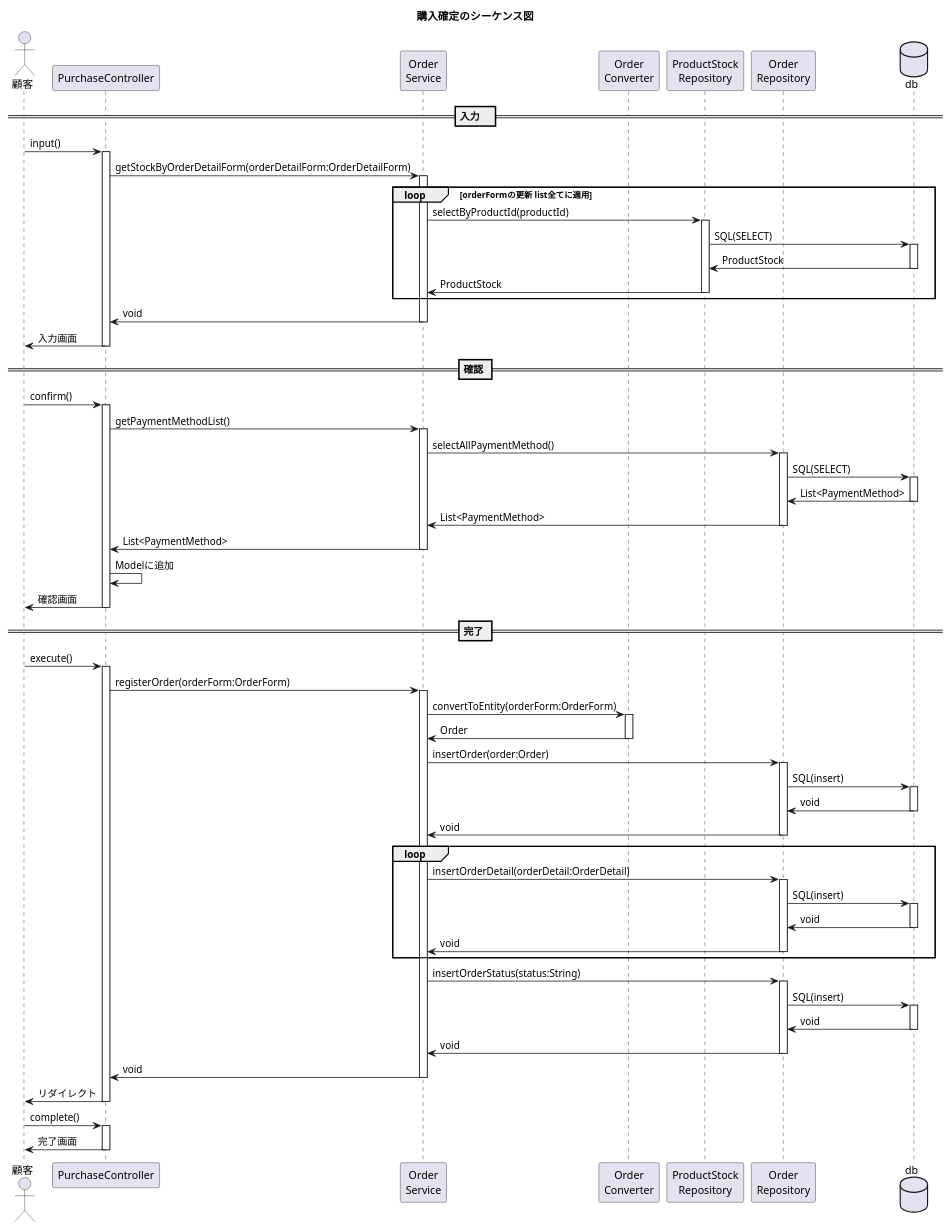
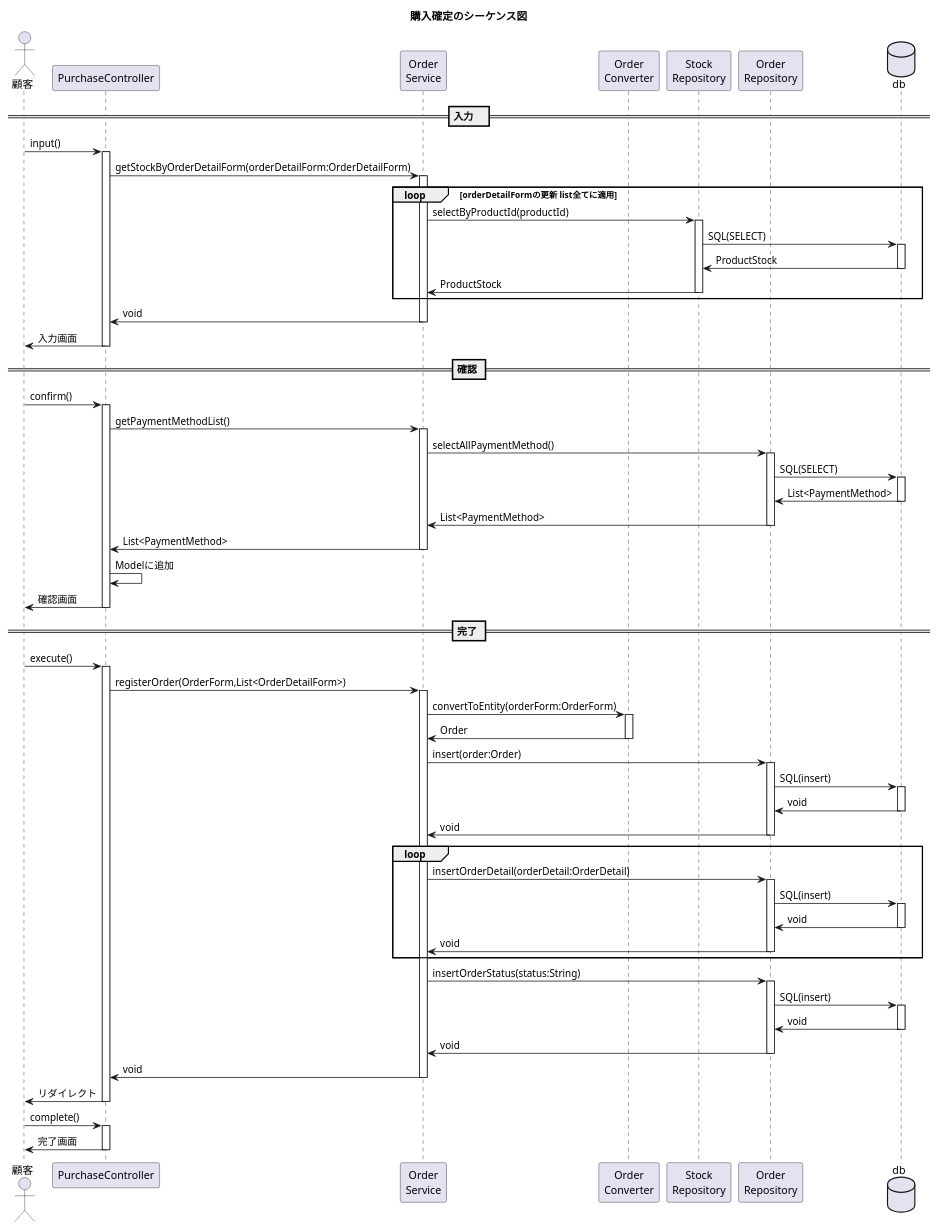
The diagram in plan/uml/sequence/2/uc005.plantuml (kanavii3333/ec-b), drawn with PlantUML before and after one commit. The commit also changed 6 other files, not shown here.

Commit message:
クラス図シーケンス図UC001～005まで確認修正

```diff
--- a/plan/uml/sequence/2/uc005.plantuml
+++ b/plan/uml/sequence/2/uc005.plantuml
@@ -1,60 +1,60 @@
 @startuml
 
 title 購入確定のシーケンス図
 actor "顧客" as user
 participant "PurchaseController" as controller
 participant "Order\nService" as service
 participant "Order\nConverter" as helper
-participant "ProductStock\nRepository" as repository1
+participant "Stock\nRepository" as repository1
 participant "Order\nRepository" as repository2
 database "db" as db
 
 == 入力　==
 user -> controller++:input()
 controller -> service++:getStockByOrderDetailForm(orderDetailForm:OrderDetailForm)
-loop orderFormの更新 list全てに適用
+loop orderDetailFormの更新 list全てに適用
 	service -> repository1++:selectByProductId(productId)
 	repository1 -> db++:SQL(SELECT)
 	db -> repository1--:ProductStock
 	repository1 -> service--:ProductStock
 end
 service -> controller--:void
 controller -> user--:入力画面
 
 == 確認 ==
 user -> controller++:confirm()
 controller -> service++:getPaymentMethodList()
 service -> repository2++:selectAllPaymentMethod()
 repository2 -> db++:SQL(SELECT)
 repository2 <- db--:List<PaymentMethod>
 service <- repository2--:List<PaymentMethod>
 controller <- service--:List<PaymentMethod>
 controller -> controller:Modelに追加
 controller -> user--:確認画面
 
 == 完了 ==
 user -> controller++:execute()
-controller -> service++:registerOrder(orderForm:OrderForm)
+controller -> service++:registerOrder(OrderForm,List<OrderDetailForm>)
 service -> helper++:convertToEntity(orderForm:OrderForm)
 service <- helper--:Order
-service -> repository2++:insertOrder(order:Order)
+service -> repository2++:insert(order:Order)
 repository2 -> db++:SQL(insert)
 repository2 <- db--:void
 service <- repository2--:void
 loop
 	service -> repository2++:insertOrderDetail(orderDetail:OrderDetail)
 	repository2 -> db++:SQL(insert)
 	repository2 <- db--:void
 	service <- repository2--:void
 end
 service -> repository2++:insertOrderStatus(status:String)
 repository2 -> db++:SQL(insert)
 repository2 <- db--:void
 service <- repository2--:void
 
 controller <- service--:void
 user <- controller--:リダイレクト
 user -> controller++:complete()
 user <- controller--:完了画面
 
 @enduml
```
